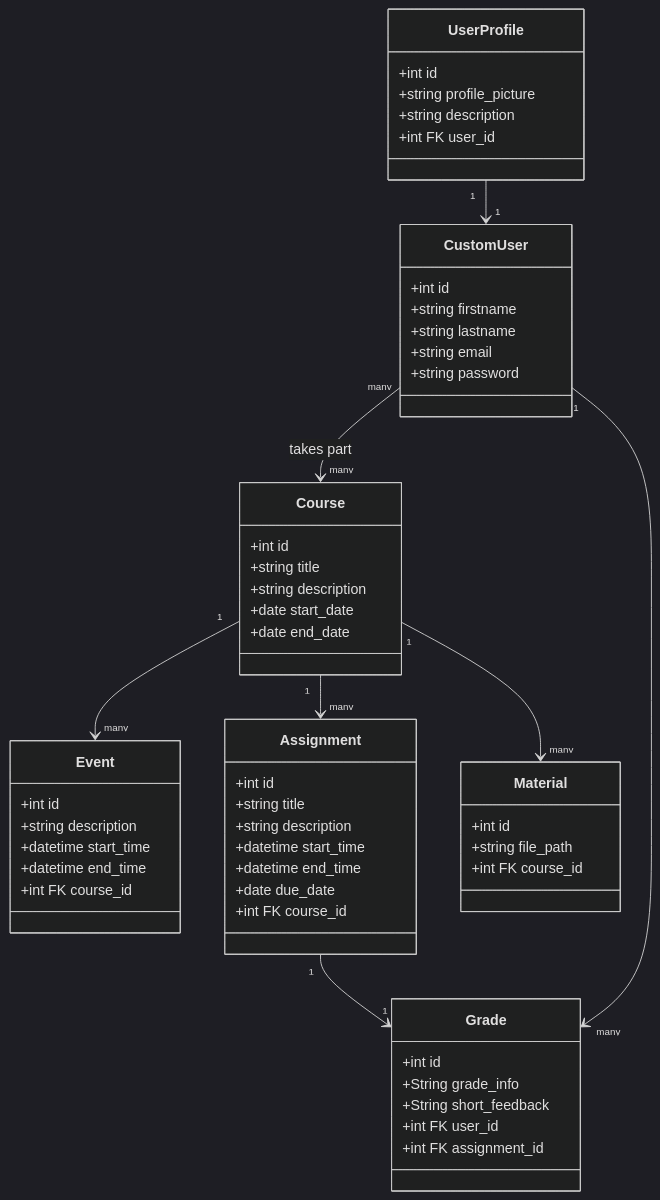
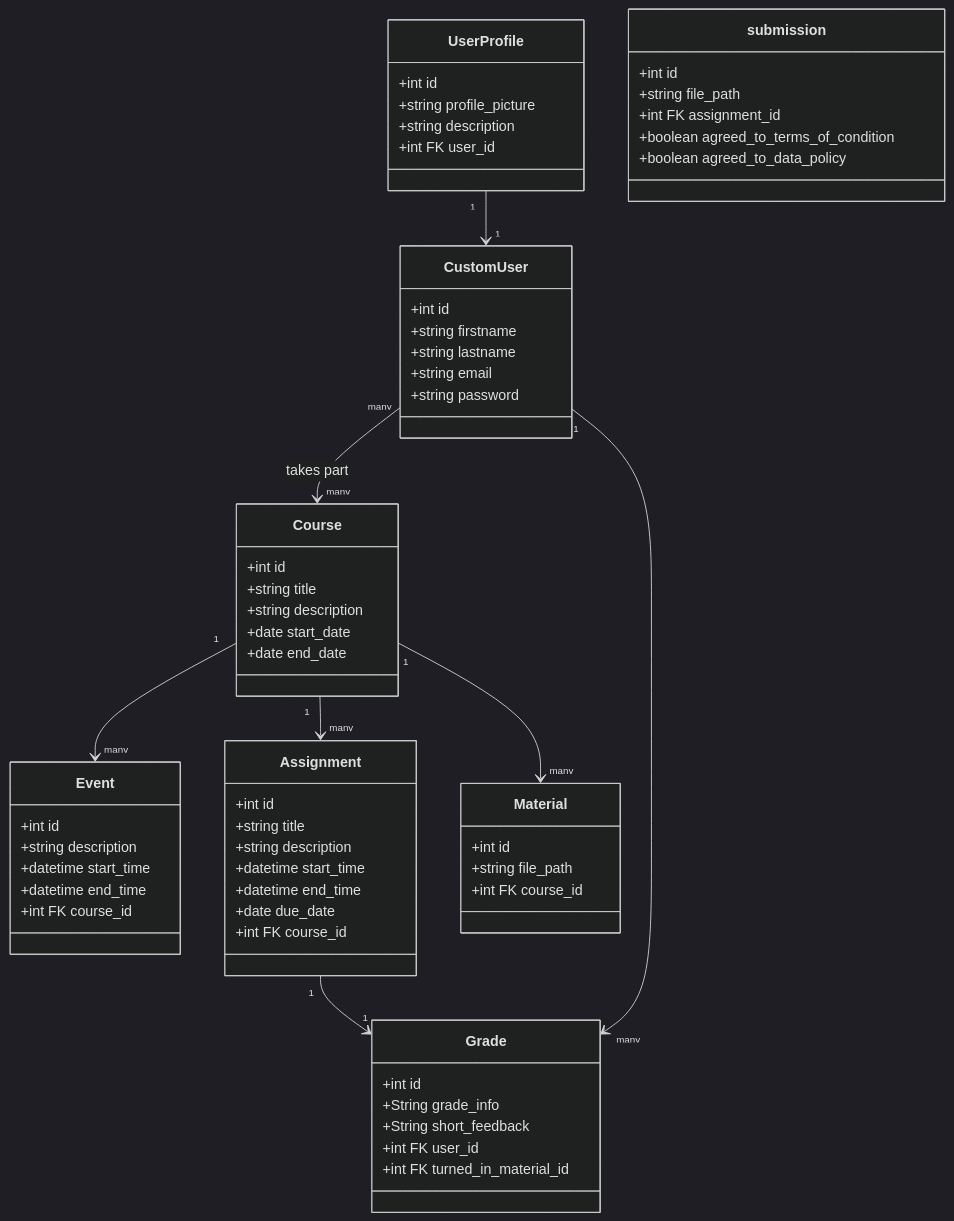
One commit to Johann110/Studurizer-Fallstudie-Software-Engineering changed the diagram in Systemdokumentation/Architektur/Datenmodell/Datenbankmodell.md. Above: the diagram before and after it, drawn with Mermaid (dark theme).

````diff
--- a/Systemdokumentation/Architektur/Datenmodell/Datenbankmodell.md
+++ b/Systemdokumentation/Architektur/Datenmodell/Datenbankmodell.md
@@ -3,68 +3,76 @@
 ```mermaid 
 classDiagram
    class Course {
         +int id
         +string title
         +string description
         +date start_date
         +date end_date
     }
 
     class CustomUser {
         +int id
         +string firstname
         +string lastname
         +string email
         +string password
     }
     
     class UserProfile {
         +int id
         +string profile_picture
         +string description
         +int FK user_id
     }
 
    class Event {
         +int id
         +string description
         +datetime start_time
         +datetime end_time
         +int FK course_id
     }
 
     class Assignment {
         +int id
         +string title
         +string description
         +datetime start_time
         +datetime end_time
         +date due_date
         +int FK course_id
     }
 
     class Material {
         +int id
         +string file_path
         +int FK course_id
     }
-    
+
+   class submission {
+        +int id
+        +string file_path
+        +int FK assignment_id
+        +boolean agreed_to_terms_of_condition
+        +boolean agreed_to_data_policy 
+    }
+
     class Grade {
         +int id
         +String grade_info
         +String short_feedback
         +int FK user_id
-        +int FK assignment_id
+        +int FK turned_in_material_id
     }
     
 
 
     %% Beziehungen
     CustomUser "many" --> "many" Course : takes part
     Course "1" --> "many" Material
     Course "1" --> "many" Assignment
     Course "1" --> "many" Event
     Assignment "1" --> "1" Grade
     CustomUser "1" --> "many" Grade
     UserProfile "1" --> "1" CustomUser
 ```
````
